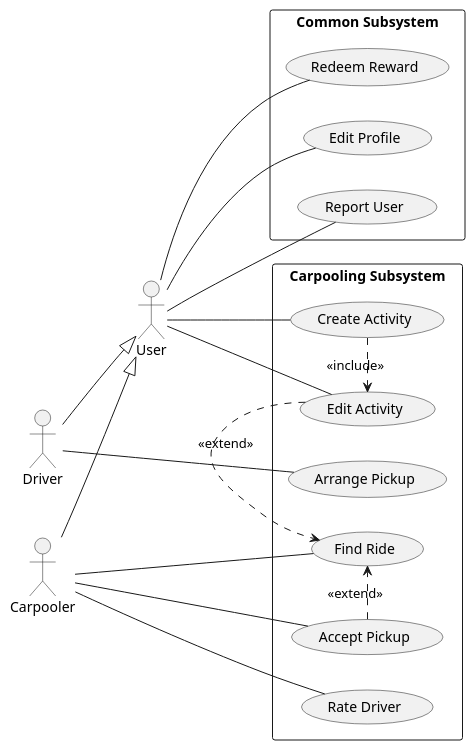
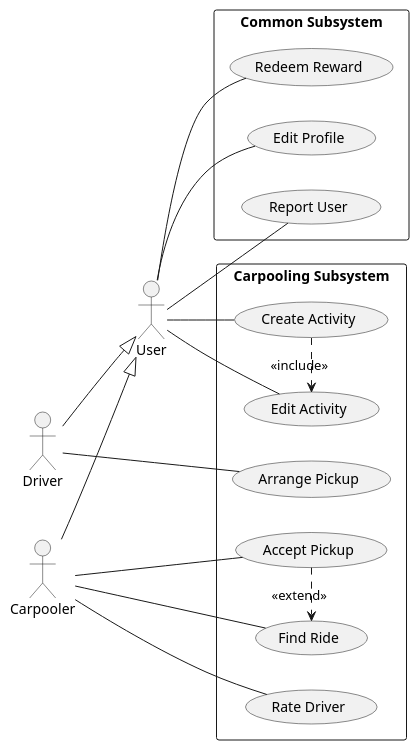
The diagram in uml/use-cases-carpooling.plantuml (YannisRavasopoulos/ProjectSD_S6), drawn with PlantUML before and after one commit.

Commit message:
Update diagram

```diff
--- a/uml/use-cases-carpooling.plantuml
+++ b/uml/use-cases-carpooling.plantuml
@@ -1,44 +1,43 @@
 @startuml
 
 actor "User"
 actor "Driver"
 actor "Carpooler"
 
 "Carpooler" --|> "User"
 "Driver" --|> "User"
 
 left to right direction
 
 rectangle "Carpooling Subsystem" {
     usecase "Create Activity"
     usecase "Edit Activity"
     usecase "Find Ride"
     usecase "Arrange Pickup"
     usecase "Accept Pickup"
     usecase "Rate Driver"
 }
 
 rectangle "Common Subsystem" {
     usecase "Redeem Reward"
     usecase "Edit Profile"
     usecase "Report User"
 }
 
 "User" -- "Edit Profile"
 "User" -- "Redeem Reward"
 "User" -- "Report User"
 
 "User" -- "Create Activity"
 "User" -- "Edit Activity"
 
 "Driver" -- "Arrange Pickup"
 
 "Carpooler" -- "Find Ride"
 "Carpooler" -- "Accept Pickup"
 "Carpooler" -- "Rate Driver"
 
 "Create Activity" .> "Edit Activity": <<include>>
-"Edit Activity" .> "Find Ride": <<extend>>
 "Accept Pickup" .> "Find Ride": <<extend>>
 
 @enduml
```
